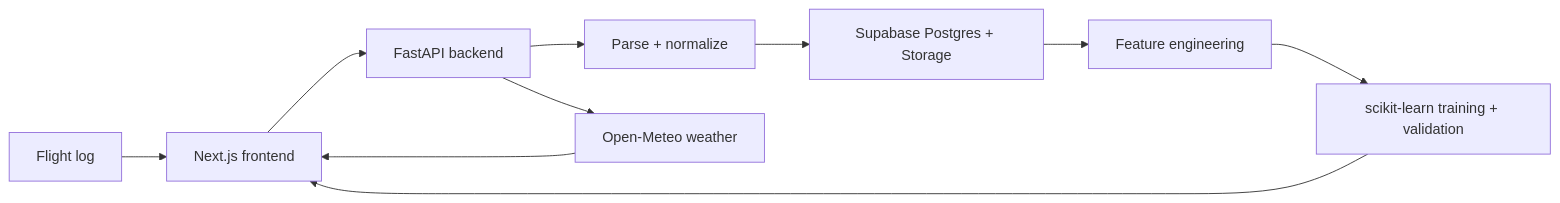
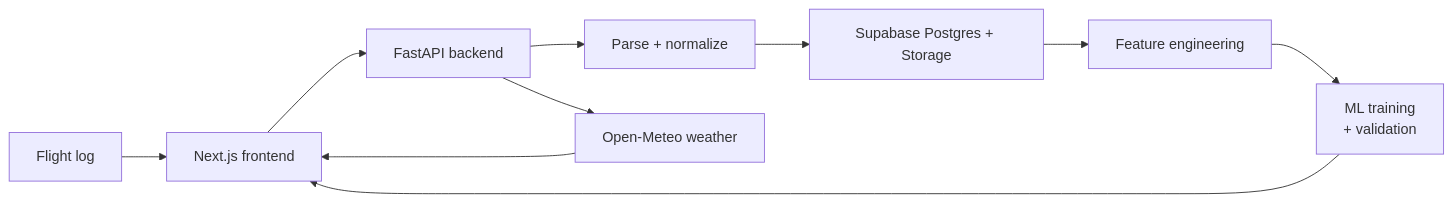
One commit to immanuelgn/AeroStats-AI changed the diagram in README.md. Above: the diagram before and after it, drawn with Mermaid.

Commit message:
Fix README architecture diagram label

````diff
--- a/README.md
+++ b/README.md
@@ -30,12 +30,12 @@
 ```mermaid
 flowchart LR
   U["Flight log"] --> F["Next.js frontend"]
   F --> API["FastAPI backend"]
   API --> P["Parse + normalize"]
   P --> DB["Supabase Postgres + Storage"]
   DB --> FE["Feature engineering"]
-  FE --> ML["scikit-learn training + validation"]
+  FE --> ML["ML training<br/>+ validation"]
   API --> W["Open-Meteo weather"]
   ML --> F
   W --> F
 ```
````
